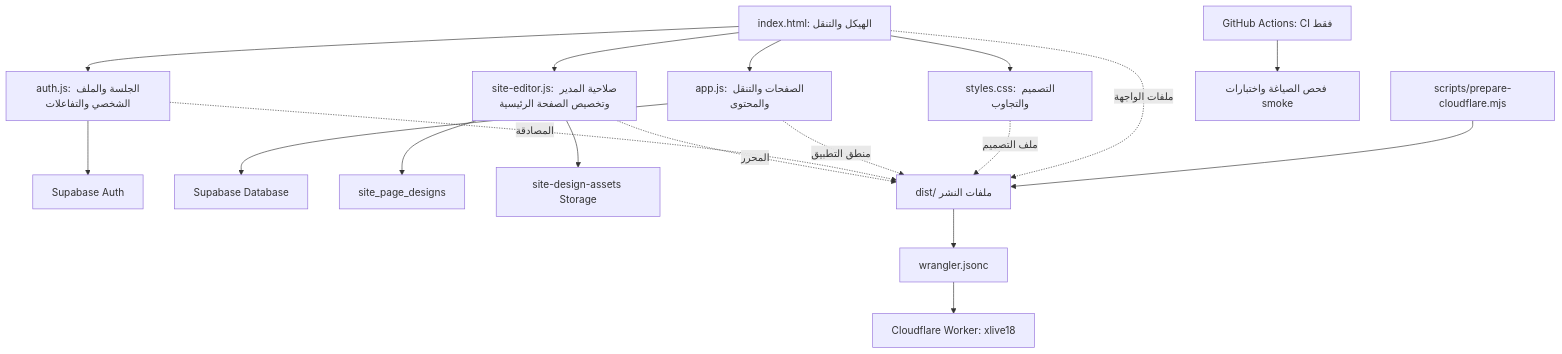
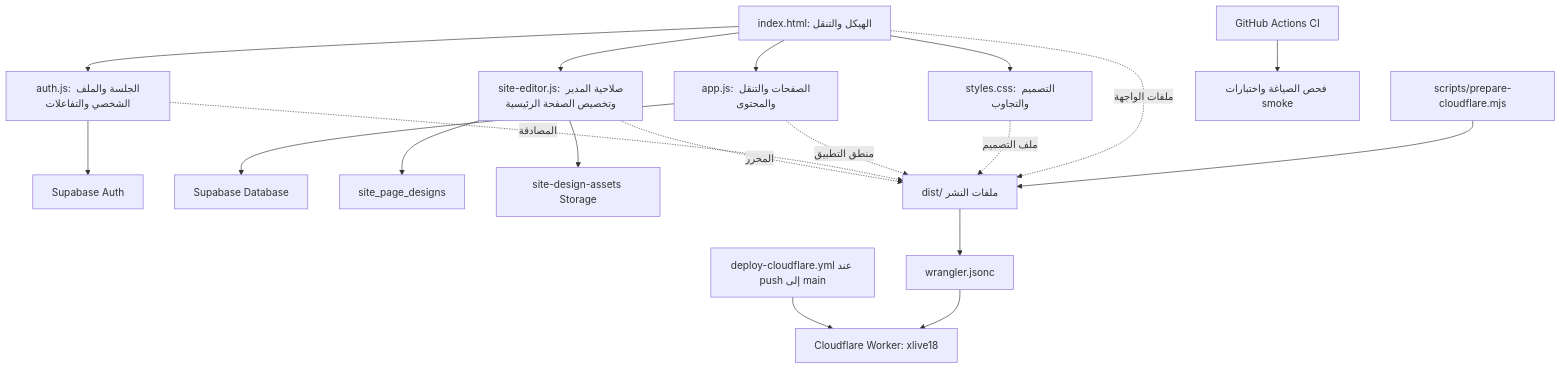
Before and after one commit to xlive18official/xlive18: the diagram in docs/SITE_MAP.md, drawn with Mermaid. The commit also changed other lines of this file, not shown here.

Commit message:
Document automated Cloudflare deployment path

````diff
--- a/docs/SITE_MAP.md
+++ b/docs/SITE_MAP.md
@@ -7,20 +7,21 @@
 ```mermaid
 flowchart TD
   A[index.html: الهيكل والتنقل] --> B[styles.css: التصميم والتجاوب]
   A --> C[app.js: الصفحات والتنقل والمحتوى]
   A --> D[auth.js: الجلسة والملف الشخصي والتفاعلات]
   A --> E[site-editor.js: صلاحية المدير وتخصيص الصفحة الرئيسية]
   D --> F[Supabase Auth]
   C --> G[Supabase Database]
   E --> H[site_page_designs]
   E --> I[site-design-assets Storage]
   J[scripts/prepare-cloudflare.mjs] --> K[dist/ ملفات النشر]
   A -. ملفات الواجهة .-> K
   B -. ملف التصميم .-> K
   C -. منطق التطبيق .-> K
   D -. المصادقة .-> K
   E -. المحرر .-> K
   K --> L[wrangler.jsonc]
   L --> M[Cloudflare Worker: xlive18]
-  N[GitHub Actions: CI فقط] --> O[فحص الصياغة واختبارات smoke]
+  N[GitHub Actions CI] --> O[فحص الصياغة واختبارات smoke]
+  P[deploy-cloudflare.yml عند push إلى main] --> M
 ```
````
